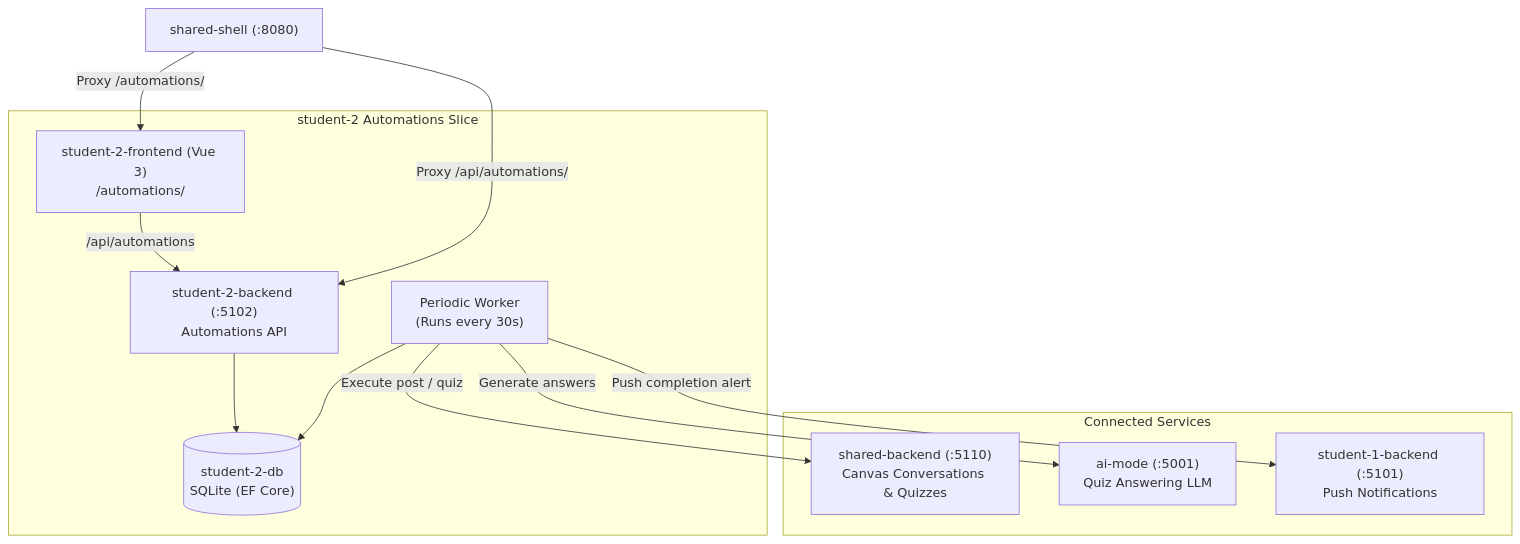
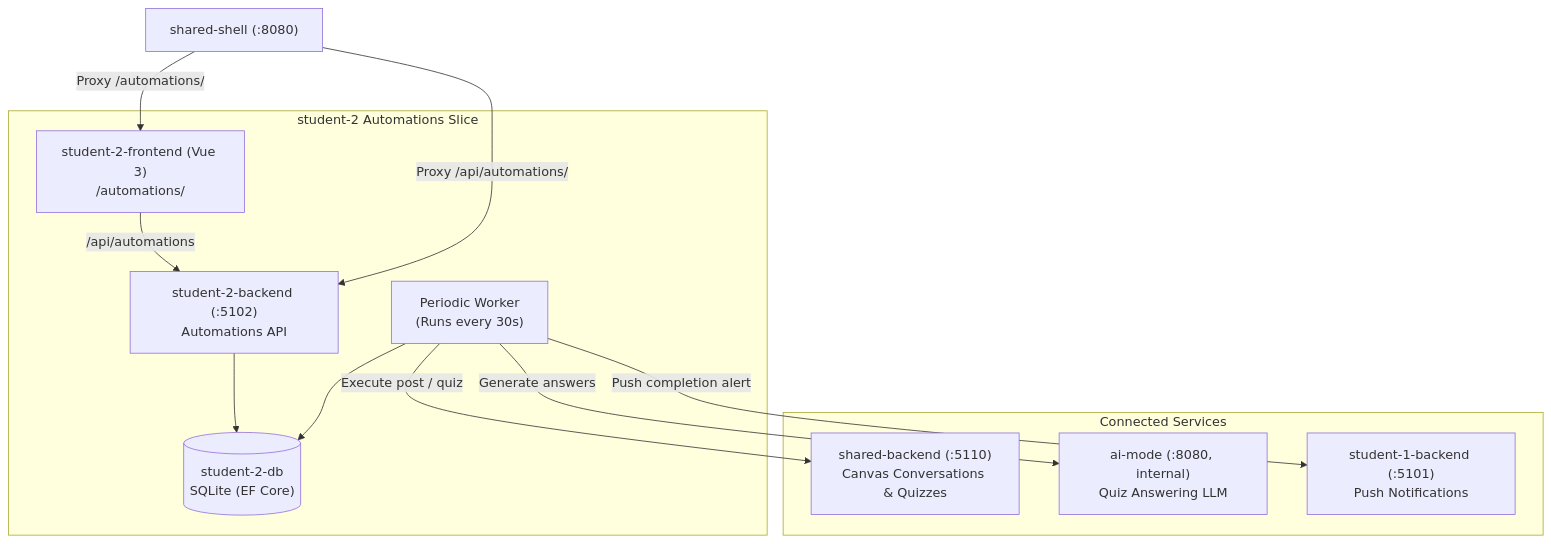
The diagram in student-2/README.md (AmAComputerNerd/41026--software-development-project), drawn with Mermaid before and after one commit. The commit also changed other lines of this file and 31 other files, not shown here.

````diff
--- a/student-2/README.md
+++ b/student-2/README.md
@@ -12,28 +12,28 @@
 ```mermaid
 flowchart TD
     Shell["shared-shell (:8080)"]
 
     subgraph Student2Slice["student-2 Automations Slice"]
         FE["student-2-frontend (Vue 3)<br>/automations/"]
         BE["student-2-backend (:5102)<br>Automations API"]
         Worker["Periodic Worker<br>(Runs every 30s)"]
         DB[("student-2-db<br>SQLite (EF Core)")]
         
         FE -- "/api/automations" --> BE
         BE --> DB
         Worker --> DB
     end
 
     subgraph ExternalServices["Connected Services"]
         SB["shared-backend (:5110)<br>Canvas Conversations & Quizzes"]
-        AIM["ai-mode (:5001)<br>Quiz Answering LLM"]
+        AIM["ai-mode (:8080, internal)<br>Quiz Answering LLM"]
         S1["student-1-backend (:5101)<br>Push Notifications"]
     end
 
     Shell -- "Proxy /automations/" --> FE
     Shell -- "Proxy /api/automations/" --> BE
 
     Worker -- "Execute post / quiz" --> SB
     Worker -- "Generate answers" --> AIM
     Worker -- "Push completion alert" --> S1
 ```
````
